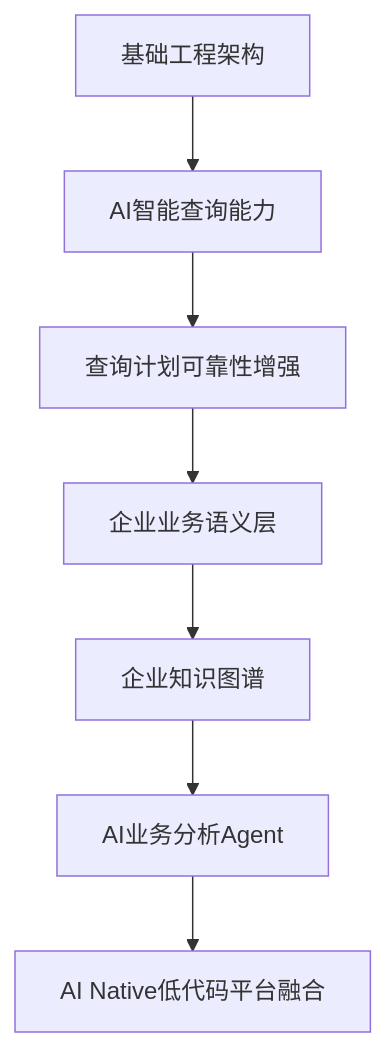
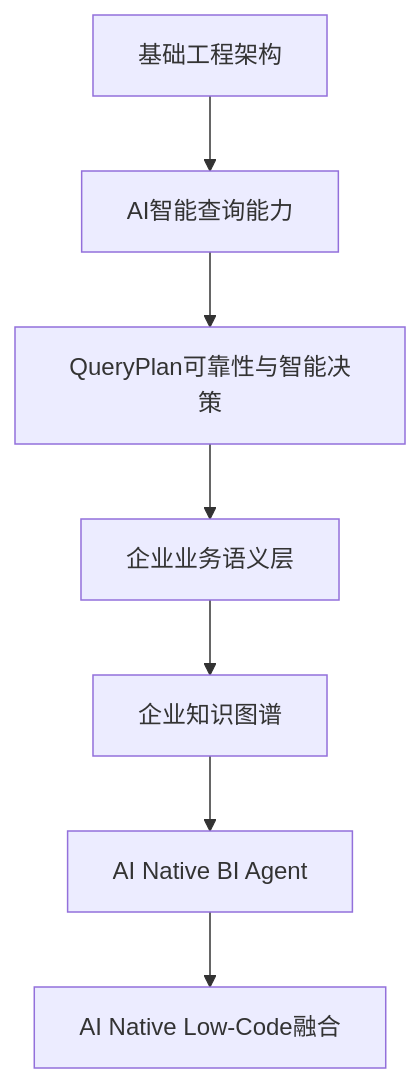
The first of 11 diagrams in SuperBulider_AI/wwwroot/Doc/SuperBuilder AI Native BI Phase开发计划.md (wenzhong0606-dev/SuperBuilder_AI), drawn with Mermaid before and after one commit. The commit also changed other lines of this file, not shown here.

````diff
--- a/SuperBulider_AI/wwwroot/Doc/SuperBuilder AI Native BI Phase开发计划.md
+++ b/SuperBulider_AI/wwwroot/Doc/SuperBuilder AI Native BI Phase开发计划.md
@@ -111,33 +156,29 @@
 ```mermaid
 flowchart TD
-
 
 A[基础工程架构]
 
 -->
 
 B[AI智能查询能力]
 
 -->
 
-C[查询计划可靠性增强]
+C[QueryPlan可靠性与智能决策]
 
 -->
 
 D[企业业务语义层]
 
 -->
 
 E[企业知识图谱]
 
 -->
 
-F[AI业务分析Agent]
+F[AI Native BI Agent]
 
 -->
 
-G[AI Native低代码平台融合]
-
-
-
+G[AI Native Low-Code融合]
 ```
````
